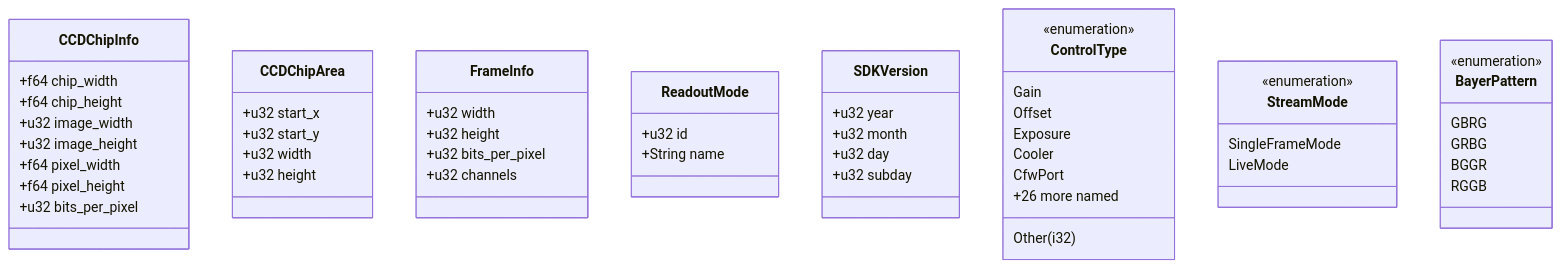
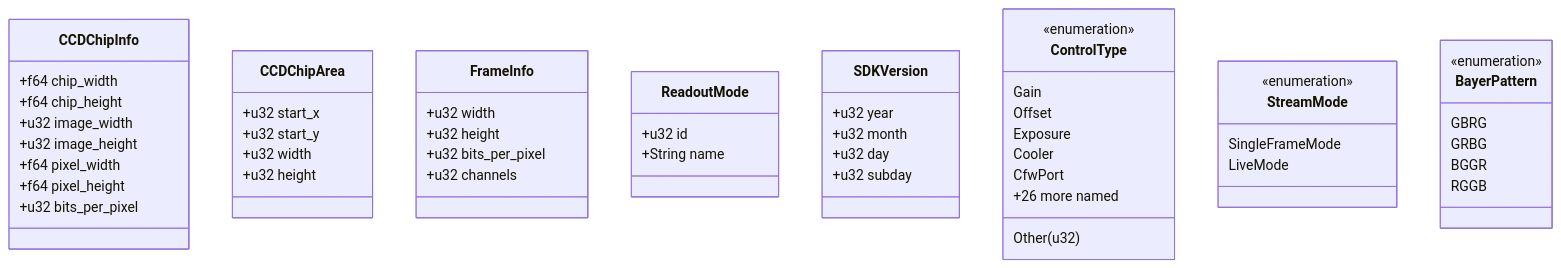
Before and after one commit to rusty-photon/rusty-photon: the ninth of 19 diagrams in crates/qhyccd-rs/docs/qhyccd-rs.md, drawn with Mermaid. The commit also changed other lines of this file and 159 other files, not shown here.

````diff
--- a/crates/qhyccd-rs/docs/qhyccd-rs.md
+++ b/crates/qhyccd-rs/docs/qhyccd-rs.md
@@ -362,63 +363,63 @@
 ```mermaid
 classDiagram
     class CCDChipInfo {
         +f64 chip_width
         +f64 chip_height
         +u32 image_width
         +u32 image_height
         +f64 pixel_width
         +f64 pixel_height
         +u32 bits_per_pixel
     }
 
     class CCDChipArea {
         +u32 start_x
         +u32 start_y
         +u32 width
         +u32 height
     }
 
     class FrameInfo {
         +u32 width
         +u32 height
         +u32 bits_per_pixel
         +u32 channels
     }
 
     class ReadoutMode {
         +u32 id
         +String name
     }
 
     class SDKVersion {
         +u32 year
         +u32 month
         +u32 day
         +u32 subday
     }
 
     class ControlType {
         <<enumeration>>
         Gain
         Offset
         Exposure
         Cooler
         CfwPort
         +26 more named
-        Other(i32)
+        Other(u32)
     }
 
     class StreamMode {
         <<enumeration>>
         SingleFrameMode
         LiveMode
     }
 
     class BayerPattern {
         <<enumeration>>
         GBRG
         GRBG
         BGGR
         RGGB
     }
 ```
````
